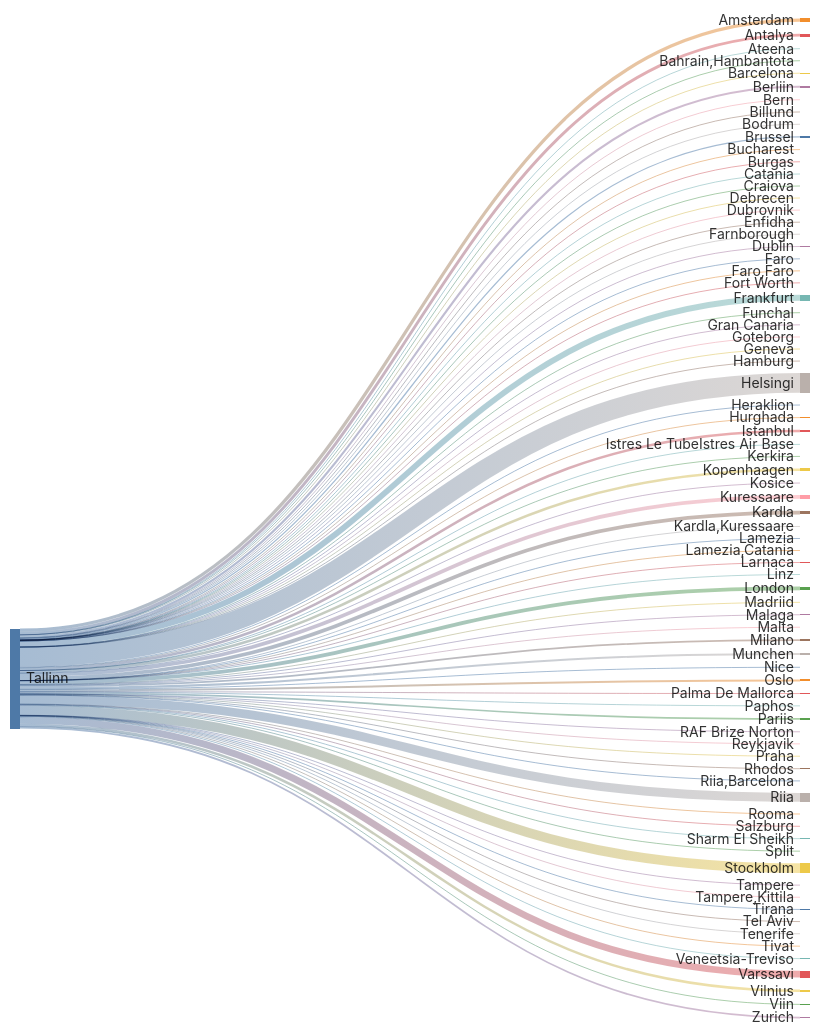
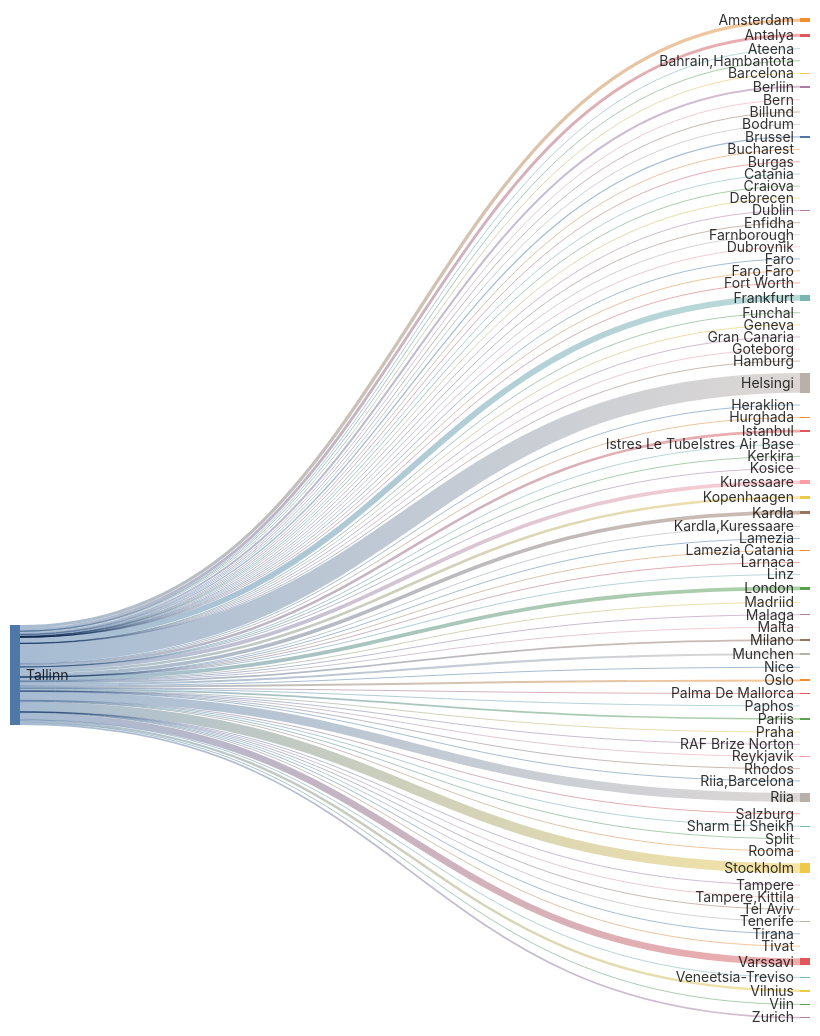
One commit to rainermesi/tll-airport-departures changed the second of 2 diagrams in README.md. Above: the diagram before and after it, drawn with Mermaid. The commit also changed other lines of this file and 1 other file, not shown here.

```diff
--- a/README.md
+++ b/README.md
@@ -41,12 +41,12 @@
 ---
 sankey-beta
 %% source,target,value
-Tallinn,Amsterdam,529
-Tallinn,Antalya,468
+Tallinn,Amsterdam,531
+Tallinn,Antalya,472
 Tallinn,Ateena,16
 Tallinn,"Bahrain,Hambantota",1
 Tallinn,Barcelona,149
-Tallinn,Berliin,332
+Tallinn,Berliin,334
 Tallinn,Bern,1
 Tallinn,Billund,84
 Tallinn,Bodrum,12
@@ -58,64 +58,64 @@
 Tallinn,Debrecen,1
 Tallinn,Dublin,101
 Tallinn,Dubrovnik,21
-Tallinn,Enfidha,9
+Tallinn,Enfidha,10
 Tallinn,Farnborough,1
 Tallinn,Faro,4
 Tallinn,"Faro,Faro",1
 Tallinn,Fort Worth,1
-Tallinn,Frankfurt,943
+Tallinn,Frankfurt,946
 Tallinn,Funchal,5
 Tallinn,Geneva,13
 Tallinn,Gran Canaria,38
 Tallinn,Goteborg,2
 Tallinn,Hamburg,2
-Tallinn,Helsingi,3175
-Tallinn,Heraklion,113
+Tallinn,Helsingi,3183
+Tallinn,Heraklion,115
 Tallinn,Hurghada,75
-Tallinn,Istanbul,412
+Tallinn,Istanbul,413
 Tallinn,Istres Le TubeIstres Air Base,2
 Tallinn,Kerkira,4
-Tallinn,Kopenhaagen,425
+Tallinn,Kopenhaagen,428
 Tallinn,Kosice,1
-Tallinn,Kuressaare,600
-Tallinn,Kardla,602
+Tallinn,Kuressaare,602
+Tallinn,Kardla,604
 Tallinn,"Kardla,Kuressaare",1
 Tallinn,Lamezia,1
 Tallinn,"Lamezia,Catania",3
 Tallinn,Larnaca,4
 Tallinn,Linz,2
-Tallinn,London,614
+Tallinn,London,615
 Tallinn,Madriid,4
 Tallinn,Malaga,129
 Tallinn,Malta,32
-Tallinn,Milano,278
-Tallinn,Munchen,330
-Tallinn,Nice,58
-Tallinn,Oslo,319
+Tallinn,Milano,279
+Tallinn,Munchen,332
+Tallinn,Nice,59
+Tallinn,Oslo,320
 Tallinn,Palma De Mallorca,36
 Tallinn,Paphos,66
-Tallinn,Pariis,280
+Tallinn,Pariis,281
 Tallinn,Praha,93
 Tallinn,RAF Brize Norton,1
 Tallinn,Reykjavik,20
 Tallinn,Rhodos,66
-Tallinn,Riia,1431
+Tallinn,Riia,1435
 Tallinn,"Riia,Barcelona",1
 Tallinn,Rooma,80
 Tallinn,Salzburg,14
-Tallinn,Sharm El Sheikh,106
+Tallinn,Sharm El Sheikh,107
 Tallinn,Split,59
-Tallinn,Stockholm,1576
+Tallinn,Stockholm,1581
 Tallinn,Tampere,17
 Tallinn,"Tampere,Kittila",21
 Tallinn,Tel Aviv,2
 Tallinn,Tenerife,58
 Tallinn,Tirana,40
 Tallinn,Tivat,76
-Tallinn,Varssavi,1096
+Tallinn,Varssavi,1099
 Tallinn,Veneetsia-Treviso,67
 Tallinn,Viin,106
-Tallinn,Vilnius,398
+Tallinn,Vilnius,400
 Tallinn,Zurich,284
 
 
```
